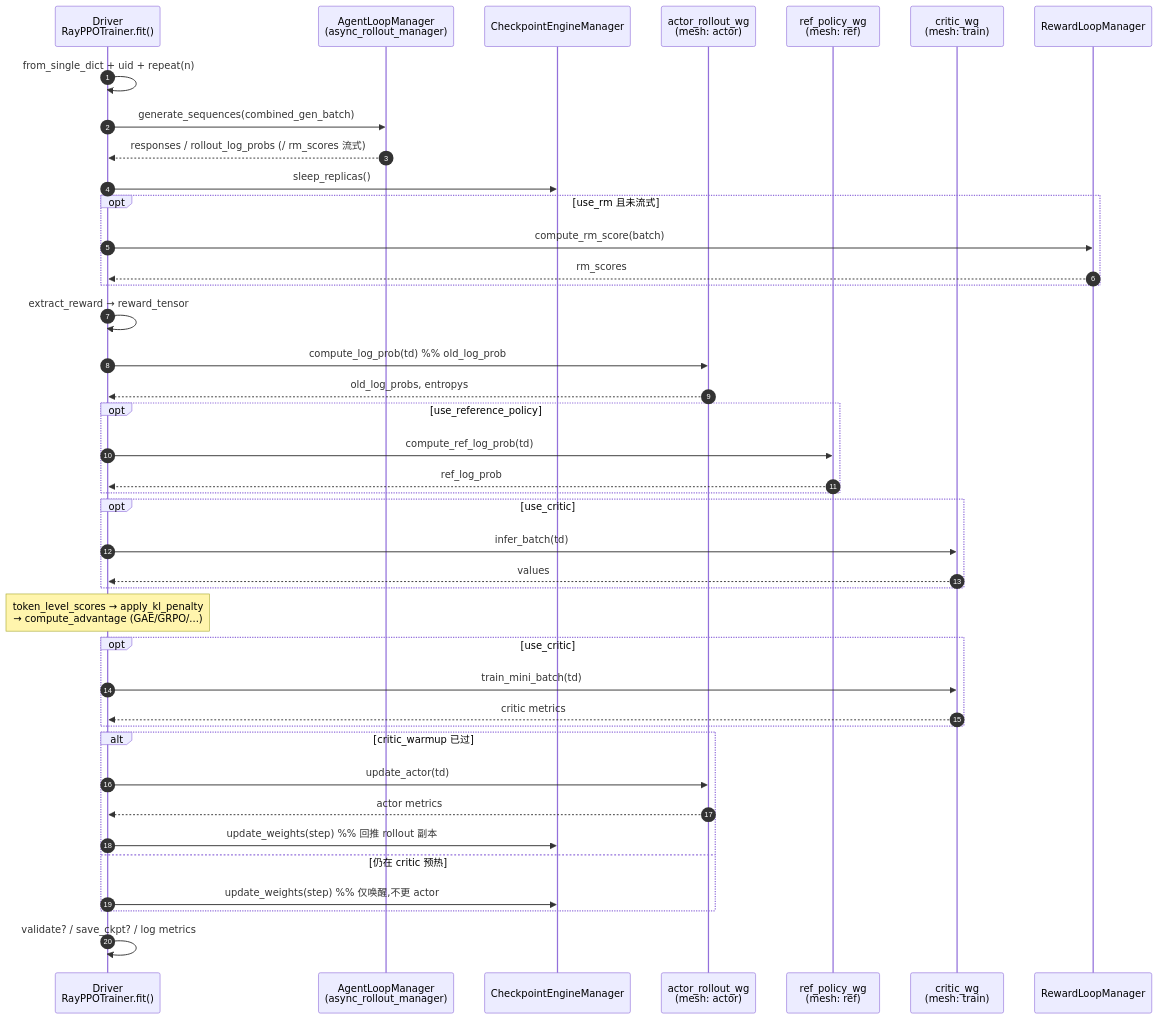
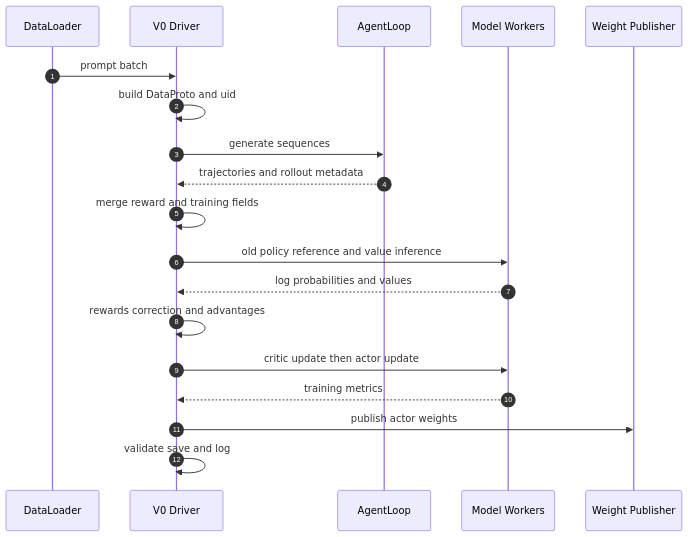
Before and after one commit to suhaibo666/llm-knowledge: the diagram in wiki/02_engineering/04_posttrain_frameworks/verl/20_verl_ray_trainer_analysis.md, drawn with Mermaid. The commit also changed other lines of this file and 30 other files, not shown here.

````diff
--- a/wiki/02_engineering/04_posttrain_frameworks/verl/20_verl_ray_trainer_analysis.md
+++ b/wiki/02_engineering/04_posttrain_frameworks/verl/20_verl_ray_trainer_analysis.md
@@ -300,44 +45,22 @@
 ```mermaid
 sequenceDiagram
     autonumber
-    participant D as Driver<br/>RayPPOTrainer.fit()
-    participant AG as AgentLoopManager<br/>(async_rollout_manager)
-    participant CK as CheckpointEngineManager
-    participant AR as actor_rollout_wg<br/>(mesh: actor)
-    participant RF as ref_policy_wg<br/>(mesh: ref)
-    participant CR as critic_wg<br/>(mesh: train)
-    participant RM as RewardLoopManager
+    participant DL as DataLoader
+    participant D as V0 Driver
+    participant AG as AgentLoop
+    participant WG as Model Workers
+    participant CE as Weight Publisher
 
-    D->>D: from_single_dict + uid + repeat(n)
-    D->>AG: generate_sequences(combined_gen_batch)
-    AG-->>D: responses / rollout_log_probs (/ rm_scores 流式)
-    D->>CK: sleep_replicas()
-    opt use_rm 且未流式
-        D->>RM: compute_rm_score(batch)
-        RM-->>D: rm_scores
-    end
-    D->>D: extract_reward → reward_tensor
-    D->>AR: compute_log_prob(td)  %% old_log_prob
-    AR-->>D: old_log_probs, entropys
-    opt use_reference_policy
-        D->>RF: compute_ref_log_prob(td)
-        RF-->>D: ref_log_prob
-    end
-    opt use_critic
-        D->>CR: infer_batch(td)
-        CR-->>D: values
-    end
-    Note over D: token_level_scores → apply_kl_penalty<br/>→ compute_advantage (GAE/GRPO/...)
-    opt use_critic
-        D->>CR: train_mini_batch(td)
-        CR-->>D: critic metrics
-    end
-    alt critic_warmup 已过
-        D->>AR: update_actor(td)
-        AR-->>D: actor metrics
-        D->>CK: update_weights(step)  %% 回推 rollout 副本
-    else 仍在 critic 预热
-        D->>CK: update_weights(step)  %% 仅唤醒,不更 actor
-    end
-    D->>D: validate? / save_ckpt? / log metrics
+    DL->>D: prompt batch
+    D->>D: build DataProto and uid
+    D->>AG: generate sequences
+    AG-->>D: trajectories and rollout metadata
+    D->>D: merge reward and training fields
+    D->>WG: old policy reference and value inference
+    WG-->>D: log probabilities and values
+    D->>D: rewards correction and advantages
+    D->>WG: critic update then actor update
+    WG-->>D: training metrics
+    D->>CE: publish actor weights
+    D->>D: validate save and log
 ```
````
